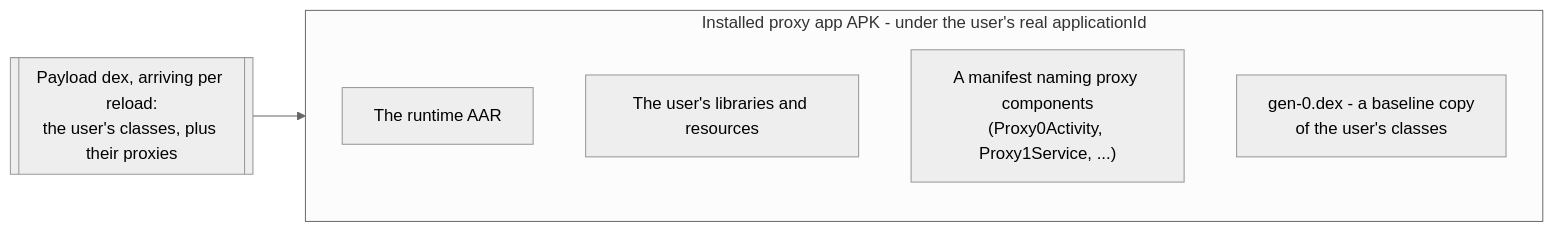
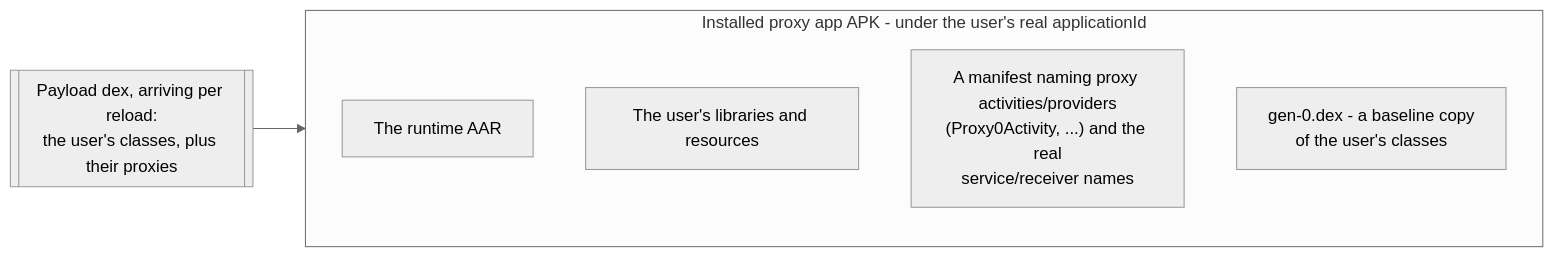
The second of 4 diagrams in quickbuild/README.md (appdevforall/CodeOnTheGo), drawn with Mermaid (neutral theme) before and after one commit. The commit also changed other lines of this file and 38 other files, not shown here.

````diff
--- a/quickbuild/README.md
+++ b/quickbuild/README.md
@@ -105,11 +105,11 @@
 ```mermaid
 flowchart LR
     subgraph apk["Installed proxy app APK - under the user's real applicationId"]
         rt["The runtime AAR"]
         libs["The user's libraries and resources"]
-        man["A manifest naming proxy components<br/>(Proxy0Activity, Proxy1Service, ...)"]
+        man["A manifest naming proxy activities/providers<br/>(Proxy0Activity, ...) and the real<br/>service/receiver names"]
         gen0["gen-0.dex - a baseline copy<br/>of the user's classes"]
     end
 
     payload[["Payload dex, arriving per reload:<br/>the user's classes, plus their proxies"]] --> apk
 ```
````
